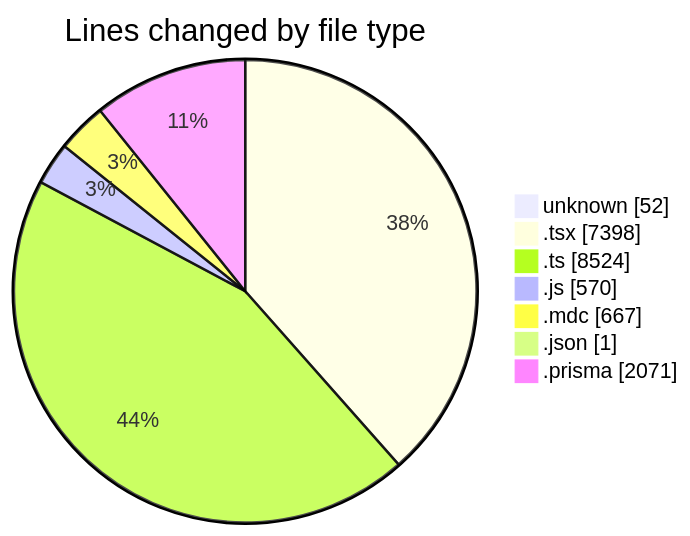
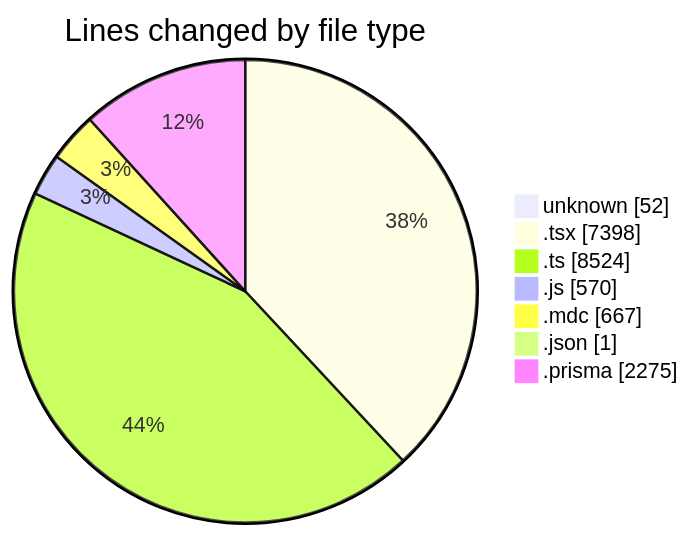
The first of 2 diagrams in 2025-06-02/ecodeli-1/README.md (CELIANVF/code-tracking), drawn with Mermaid before and after one commit. The commit also changed other lines of this file and 1 other file, not shown here.

````diff
--- a/2025-06-02/ecodeli-1/README.md
+++ b/2025-06-02/ecodeli-1/README.md
@@ -79,11 +79,11 @@
 ```mermaid
 pie showData
 title Lines changed by file type
 "unknown" : 52
 ".tsx" : 7398
 ".ts" : 8524
 ".js" : 570
 ".mdc" : 667
 ".json" : 1
-".prisma" : 2071
+".prisma" : 2275
 ```
````
